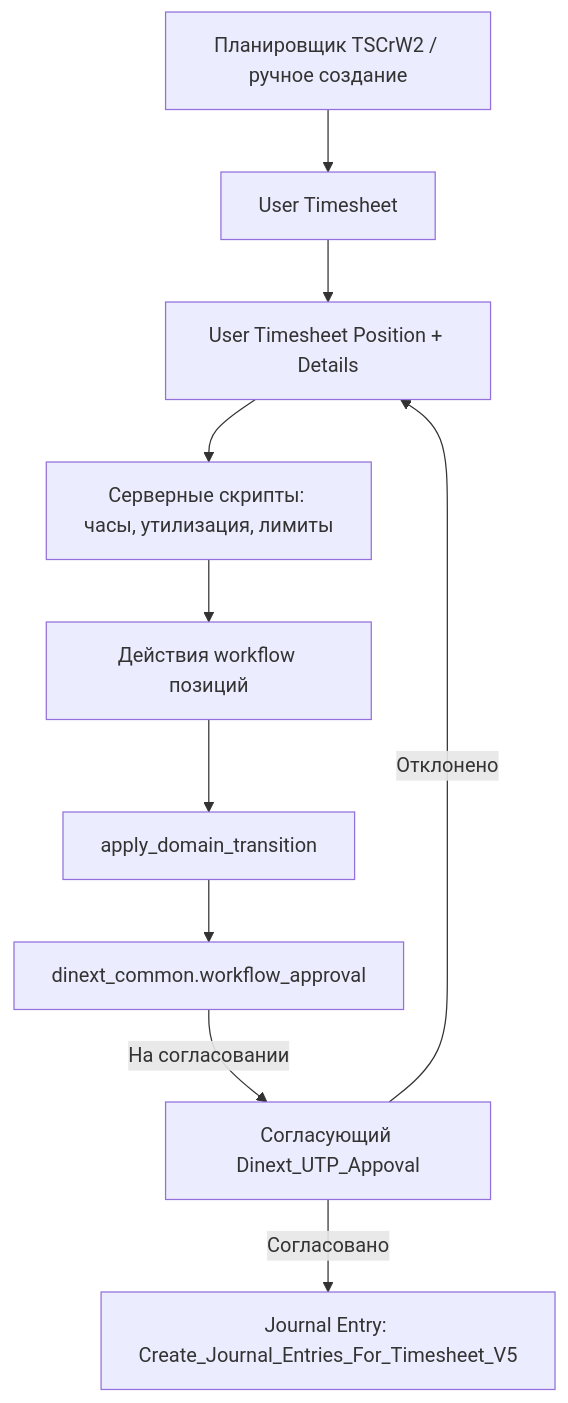
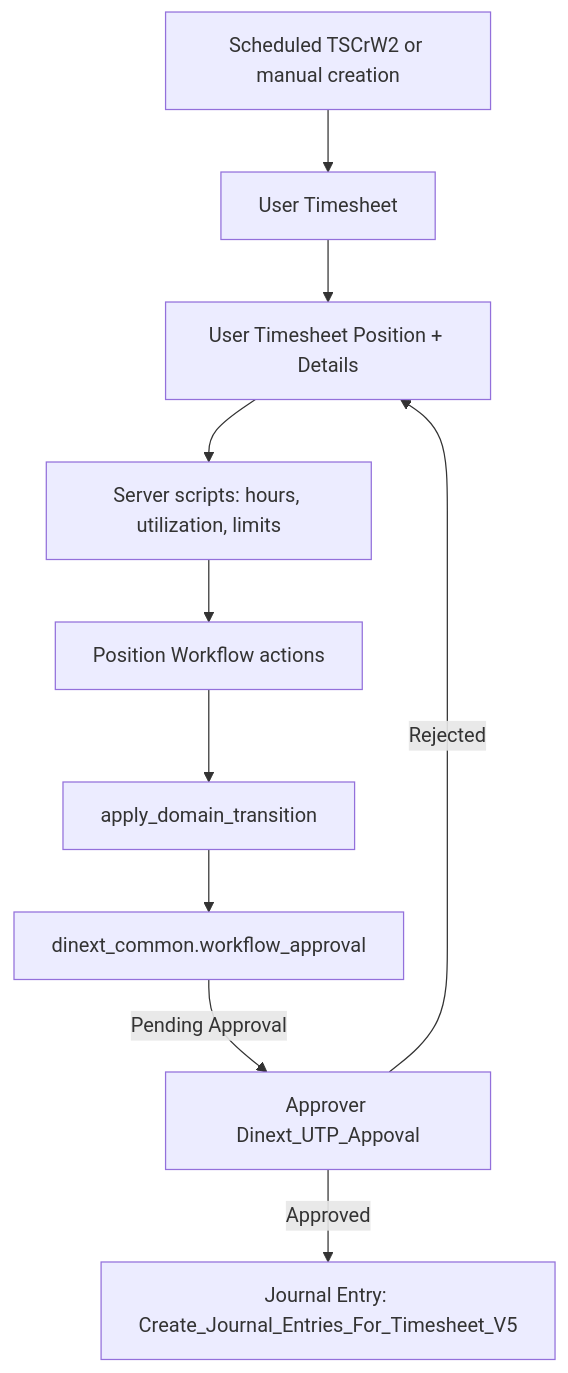
The first of 2 diagrams in README.md (Dinext-pro/dinext-timesheets), drawn with Mermaid before and after one commit. The commit also changed other lines of this file and 5 other files, not shown here.

Commit message:
fix(timesheets): load deadline charts before workspace upgrade

````diff
--- a/README.md
+++ b/README.md
@@ -244,12 +277,12 @@
 ```mermaid
 flowchart TD
-    A[Планировщик TSCrW2 / ручное создание] --> B[User Timesheet]
+    A[Scheduled TSCrW2 or manual creation] --> B[User Timesheet]
     B --> C[User Timesheet Position + Details]
-    C --> D[Серверные скрипты: часы, утилизация, лимиты]
-    D --> E[Действия workflow позиций]
+    C --> D[Server scripts: hours, utilization, limits]
+    D --> E[Position Workflow actions]
     E --> F[apply_domain_transition]
     F --> G[dinext_common.workflow_approval]
-    G -->|На согласовании| H[Согласующий Dinext_UTP_Appoval]
-    H -->|Согласовано| I[Journal Entry: Create_Journal_Entries_For_Timesheet_V5]
-    H -->|Отклонено| C
+    G -->|Pending Approval| H[Approver Dinext_UTP_Appoval]
+    H -->|Approved| I[Journal Entry: Create_Journal_Entries_For_Timesheet_V5]
+    H -->|Rejected| C
 ```
````
